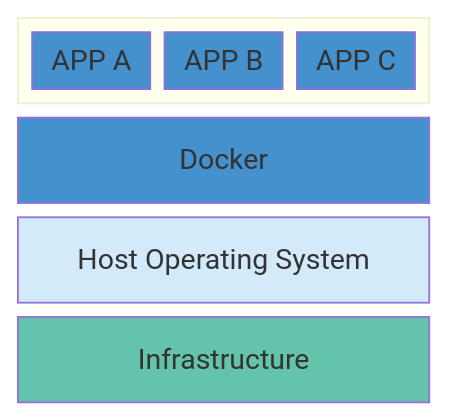
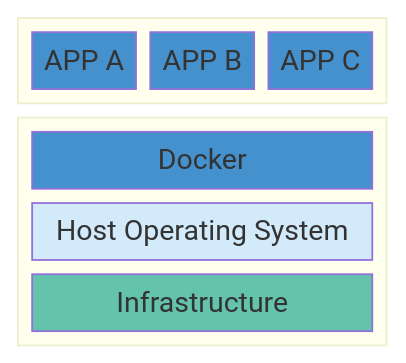
One commit to ricardo-z-chao/ricardo-z-chao.github.io changed the second of 2 diagrams in src/notes/docker.md. Above: the diagram before and after it, drawn with Mermaid. The commit also changed other lines of this file and 7 other files, not shown here.

````diff
--- a/src/notes/docker.md
+++ b/src/notes/docker.md
@@ -39,18 +46,22 @@
 ```mermaid
 block-beta
-  columns 6
-  block:group1:6
-    %% columns auto (default)
-    l["APP A"]
-    m["APP B"]
-    n["APP C"]
+  columns 3
+
+  block:DockerImage:3
+    APP_A["APP A"]
+    APP_B["APP B"]
+    APP_C["APP C"]
   end
-  a["Docker"]:6
-  b["Host Operating System"]:6
-  c["Infrastructure"]:6
+
+  block:machine:3
+    columns 1
+    Docker["Docker"]
+    SYS["Host Operating System"]
+    Infrastructure["Infrastructure"]
+  end
 
   classDef APP fill:#4591cd,color:#FFF
-  class l,m,n,a APP
-  style b fill:#d3eafa,color:#000
-  style c fill:#64c3ab,color:#FFF
+  class APP_A,APP_B,APP_C,Docker APP
+  style SYS fill:#d3eafa,color:#000
+  style Infrastructure fill:#64c3ab,color:#FFF
 ```
````
